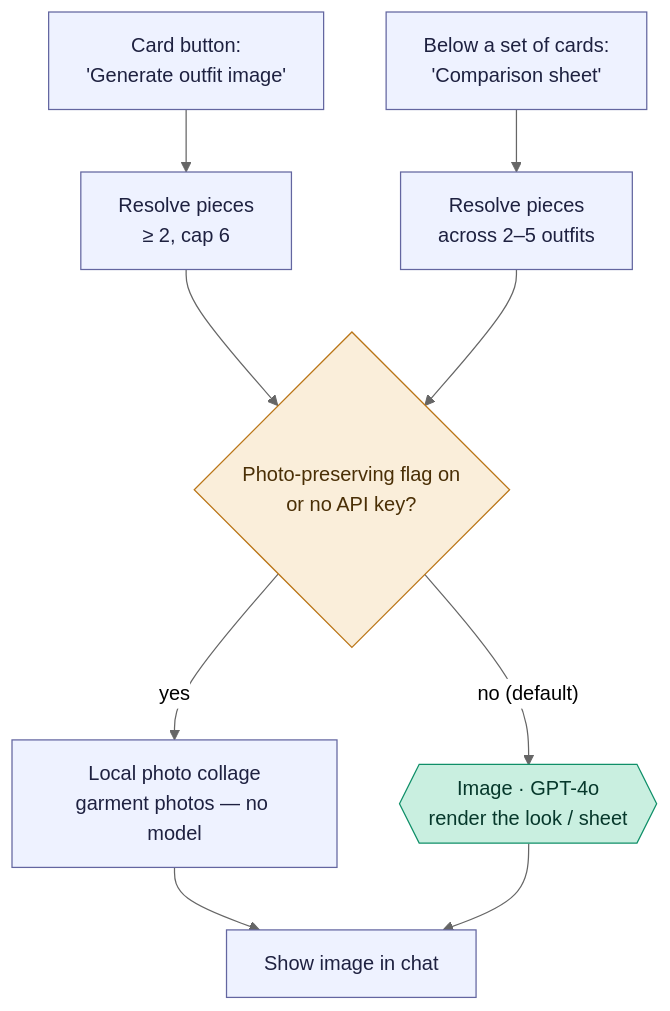
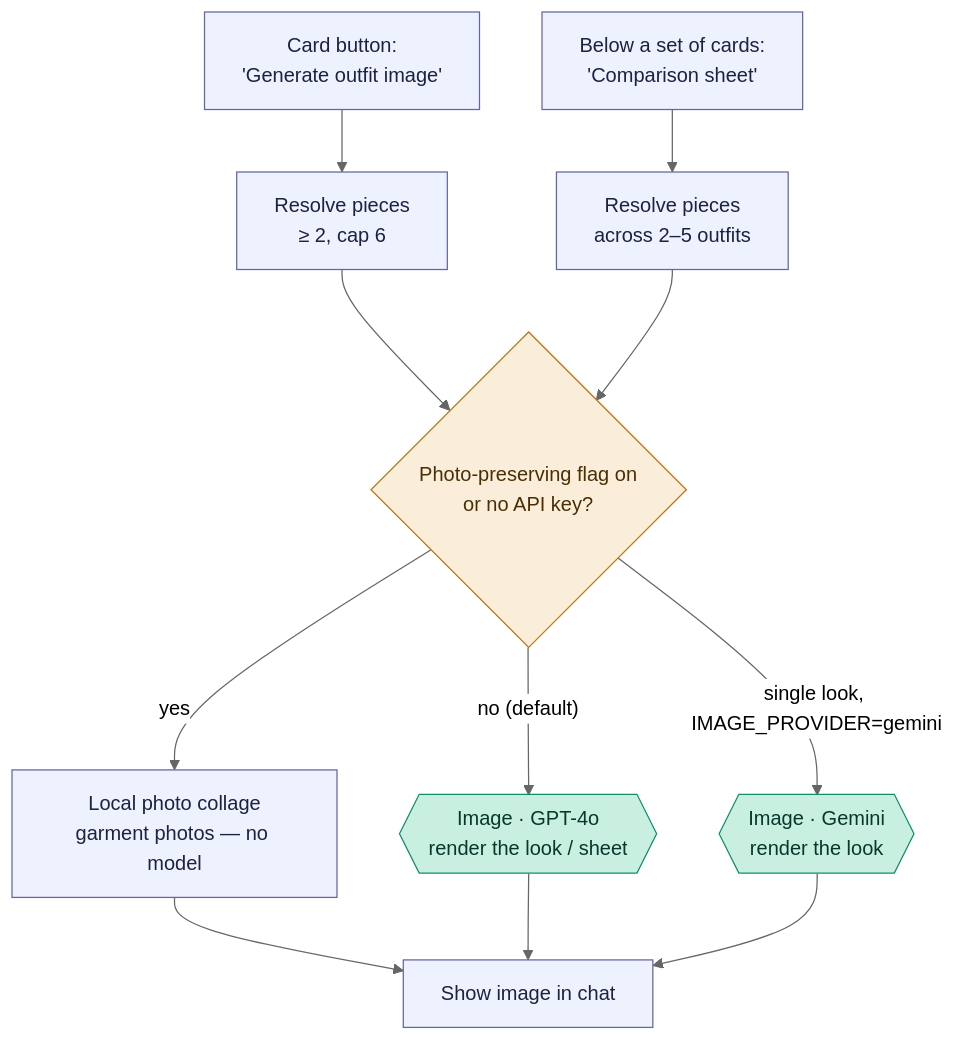
The diagram in docs/flows/outfit-image-renders.md (yunap/closet), drawn with Mermaid (neutral theme) before and after one commit. The commit also changed other lines of this file and 8 other files, not shown here.

First line of the commit message:
Outfit renders name their image model and record what OpenAI ran (#328)

````diff
--- a/docs/flows/outfit-image-renders.md
+++ b/docs/flows/outfit-image-renders.md
@@ -14,18 +14,20 @@
 ```mermaid
 flowchart TD
     A["Card button:<br/>'Generate outfit image'"] --> B["Resolve pieces<br/>≥ 2, cap 6"]
     C["Below a set of cards:<br/>'Comparison sheet'"] --> D["Resolve pieces<br/>across 2–5 outfits"]
     B --> E{"Photo-preserving flag on<br/>or no API key?"}
     D --> E
     E -->|"yes"| F["Local photo collage<br/>garment photos — no model"]
     E -->|"no (default)"| G{{"Image · GPT-4o<br/>render the look / sheet"}}
+    E -->|"single look, IMAGE_PROVIDER=gemini"| H{{"Image · Gemini<br/>render the look"}}
     F --> OUT["Show image in chat"]
     G --> OUT
+    H --> OUT
 
     classDef app fill:#eef2ff,stroke:#6366a0,color:#1e2140;
     classDef model fill:#c9efe0,stroke:#0f8f68,color:#06382b;
     classDef check fill:#faeeda,stroke:#ba7517,color:#4a2f06;
     class A,B,C,D,F,OUT app;
-    class G model;
+    class G,H model;
     class E check;
 ```
````
